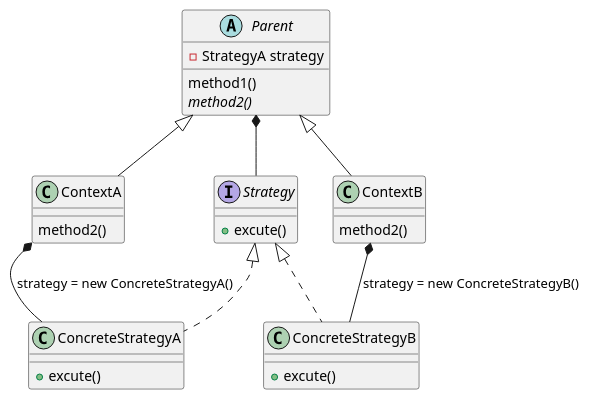
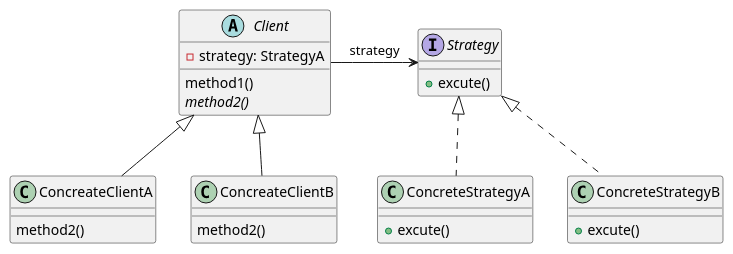
Before and after one commit to vomvoru/vomvoru.github.io: the fourth of 4 diagrams in _posts/blog/2017-05-17-strategy-pattern.md, drawn with PlantUML. The commit also changed other lines of this file and 2 other files, not shown here.

````diff
--- a/_posts/blog/2017-05-17-strategy-pattern.md
+++ b/_posts/blog/2017-05-17-strategy-pattern.md
@@ -124,37 +126,35 @@
 ```plantuml
-abstract class Parent{
+abstract class Client{
     method1()
     {abstract} method2()
-    - StrategyA strategy
+    -strategy: StrategyA
 }
 
-class ContextA{
+class ConcreateClientA{
     method2()
 }
 
-class ContextB{
+class ConcreateClientB{
     method2()
 }
 
 interface Strategy{
     + excute()
 }
 
 class ConcreteStrategyA{
     + excute()
 }
 
 class ConcreteStrategyB{
     + excute()
 }
 
-Parent *-- Strategy
-Strategy <|.. ConcreteStrategyA
-Strategy <|.. ConcreteStrategyB
+Client -right-> Strategy: strategy
 
-Parent <|-- ContextA
-Parent <|-- ContextB
+ConcreteStrategyA .up.|> Strategy
+ConcreteStrategyB .up.|> Strategy
 
-ContextA *-- ConcreteStrategyA : strategy = new ConcreteStrategyA()
-ContextB *-- ConcreteStrategyB : strategy = new ConcreteStrategyB()
+ConcreateClientA -up-|> Client
+ConcreateClientB -up-|> Client
 ```
````
